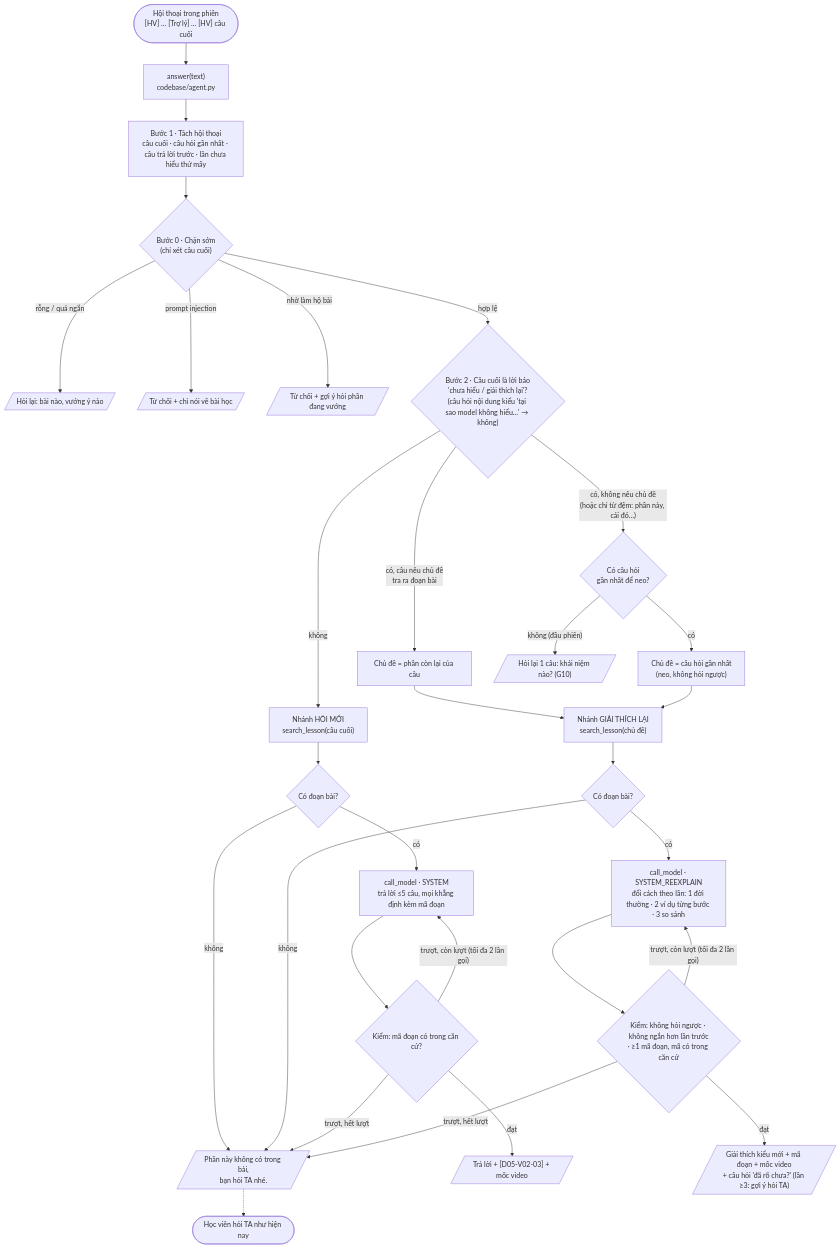
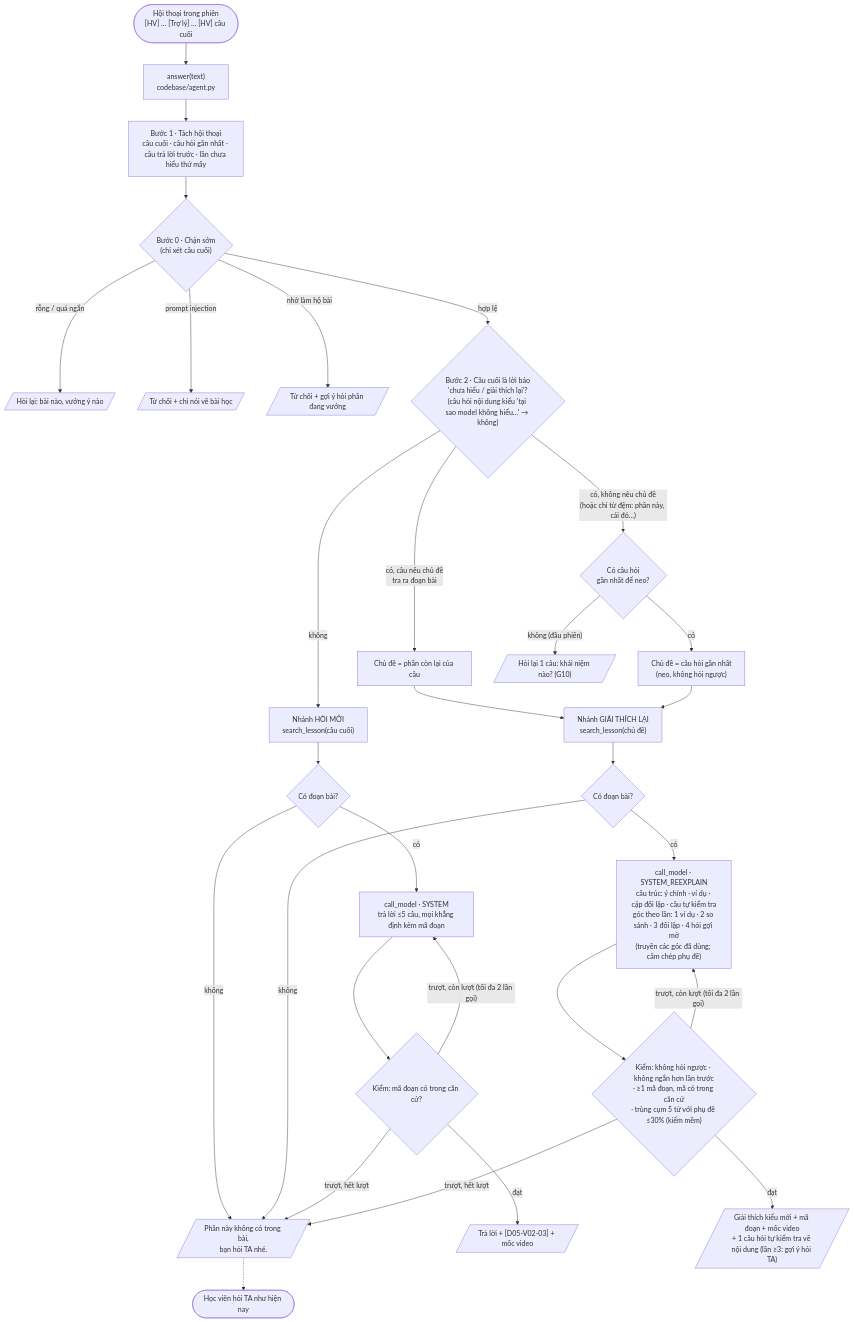
One commit to duongthuyen/K5-Day15-L3B-419 changed the diagram in spec.md. Above: the diagram before and after it, drawn with Mermaid. The commit also changed other lines of this file and 2 other files, not shown here.

First line of the commit message:
CP4: demo-slides.pdf (8 trang + bìa) và nguồn slides/demo-slides.html; spec §4 §7 §8 theo lượt 2

````diff
--- a/spec.md
+++ b/spec.md
@@ -59,32 +59,32 @@
 ```mermaid
 flowchart TD
     U(["Hội thoại trong phiên<br/>[HV] … [Trợ lý] … [HV] câu cuối"]) --> A["answer(text)<br/>codebase/agent.py"]
     A --> D["Bước 1 · Tách hội thoại<br/>câu cuối · câu hỏi gần nhất · câu trả lời trước · lần chưa hiểu thứ mấy"]
     D --> P{"Bước 0 · Chặn sớm<br/>(chỉ xét câu cuối)"}
     P -- "rỗng / quá ngắn" --> R0[/"Hỏi lại: bài nào, vướng ý nào"/]
     P -- "prompt injection" --> R1[/"Từ chối + chỉ nói về bài học"/]
     P -- "nhờ làm hộ bài" --> R2[/"Từ chối + gợi ý hỏi phần đang vướng"/]
     P -- "hợp lệ" --> B{"Bước 2 · Câu cuối là lời báo<br/>'chưa hiểu / giải thích lại'?<br/>(câu hỏi nội dung kiểu 'tại sao model không hiểu…' → không)"}
     B -- "không" --> S1["Nhánh HỎI MỚI<br/>search_lesson(câu cuối)"]
     B -- "có, câu nêu chủ đề<br/>tra ra đoạn bài" --> T["Chủ đề = phần còn lại của câu"]
     B -- "có, không nêu chủ đề<br/>(hoặc chỉ từ đệm: phần này, cái đó…)" --> H{"Có câu hỏi<br/>gần nhất để neo?"}
     H -- "có" --> T2["Chủ đề = câu hỏi gần nhất<br/>(neo, không hỏi ngược)"]
     H -- "không (đầu phiên)" --> R3[/"Hỏi lại 1 câu: khái niệm nào? (G10)"/]
     T --> S2["Nhánh GIẢI THÍCH LẠI<br/>search_lesson(chủ đề)"]
     T2 --> S2
     S1 --> C1{"Có đoạn bài?"}
     S2 --> C2{"Có đoạn bài?"}
     C1 -- "không" --> NF[/"Phần này không có trong bài,<br/>bạn hỏi TA nhé."/]
     C2 -- "không" --> NF
     C1 -- "có" --> M1["call_model · SYSTEM<br/>trả lời ≤5 câu, mọi khẳng định kèm mã đoạn"]
-    C2 -- "có" --> M2["call_model · SYSTEM_REEXPLAIN<br/>đổi cách theo lần: 1 đời thường · 2 ví dụ từng bước · 3 so sánh"]
+    C2 -- "có" --> M2["call_model · SYSTEM_REEXPLAIN<br/>cấu trúc: ý chính · ví dụ · cặp đối lập · câu tự kiểm tra<br/>góc theo lần: 1 ví dụ · 2 so sánh · 3 đối lập · 4 hỏi gợi mở<br/>(truyền các góc đã dùng; cấm chép phụ đề)"]
     M1 --> K1{"Kiểm: mã đoạn có trong căn cứ?"}
-    M2 --> K2{"Kiểm: không hỏi ngược · không ngắn hơn lần trước<br/>· ≥1 mã đoạn, mã có trong căn cứ"}
+    M2 --> K2{"Kiểm: không hỏi ngược · không ngắn hơn lần trước<br/>· ≥1 mã đoạn, mã có trong căn cứ<br/>· trùng cụm 5 từ với phụ đề ≤30% (kiểm mềm)"}
     K1 -- "đạt" --> OK1[/"Trả lời + [D05-V02-03] + mốc video"/]
-    K2 -- "đạt" --> OK2[/"Giải thích kiểu mới + mã đoạn + mốc video<br/>+ câu hỏi 'đã rõ chưa?' (lần ≥3: gợi ý hỏi TA)"/]
+    K2 -- "đạt" --> OK2[/"Giải thích kiểu mới + mã đoạn + mốc video<br/>+ 1 câu hỏi tự kiểm tra về nội dung (lần ≥3: gợi ý hỏi TA)"/]
     K1 -- "trượt, còn lượt (tối đa 2 lần gọi)" --> M1
     K2 -- "trượt, còn lượt (tối đa 2 lần gọi)" --> M2
     K1 -- "trượt, hết lượt" --> NF
     K2 -- "trượt, hết lượt" --> NF
     NF -.-> TA([Học viên hỏi TA như hiện nay])
 ```
````
